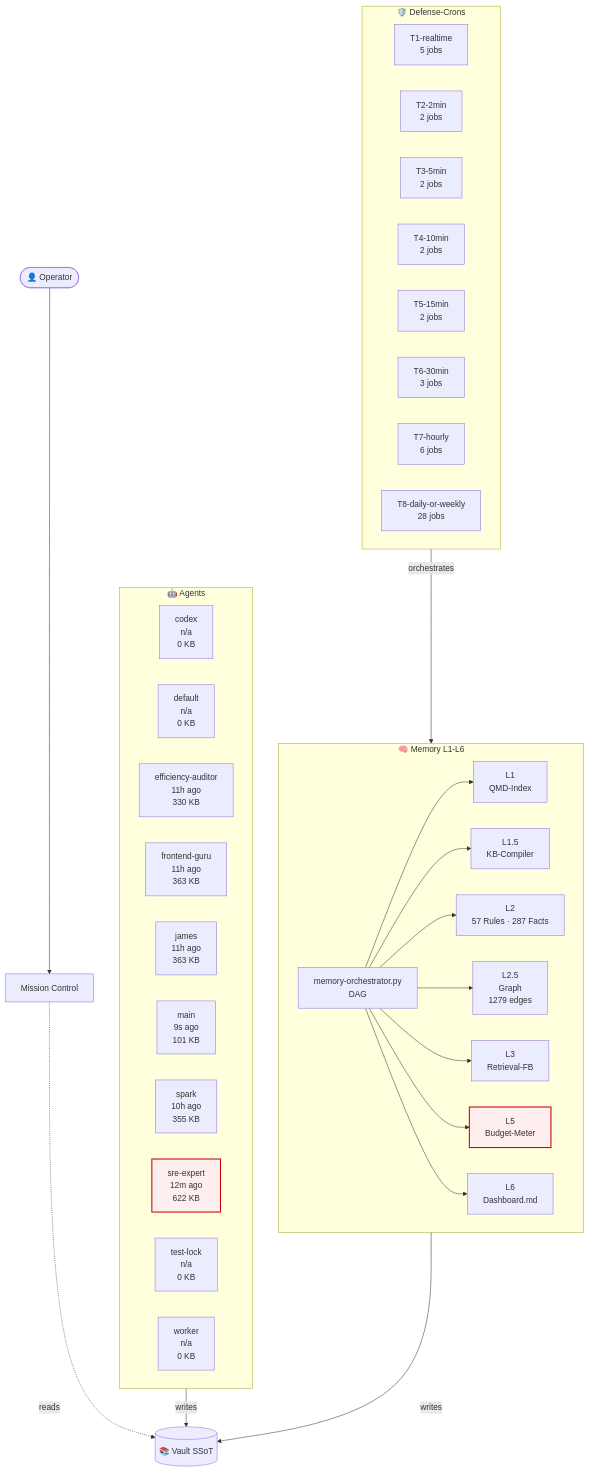
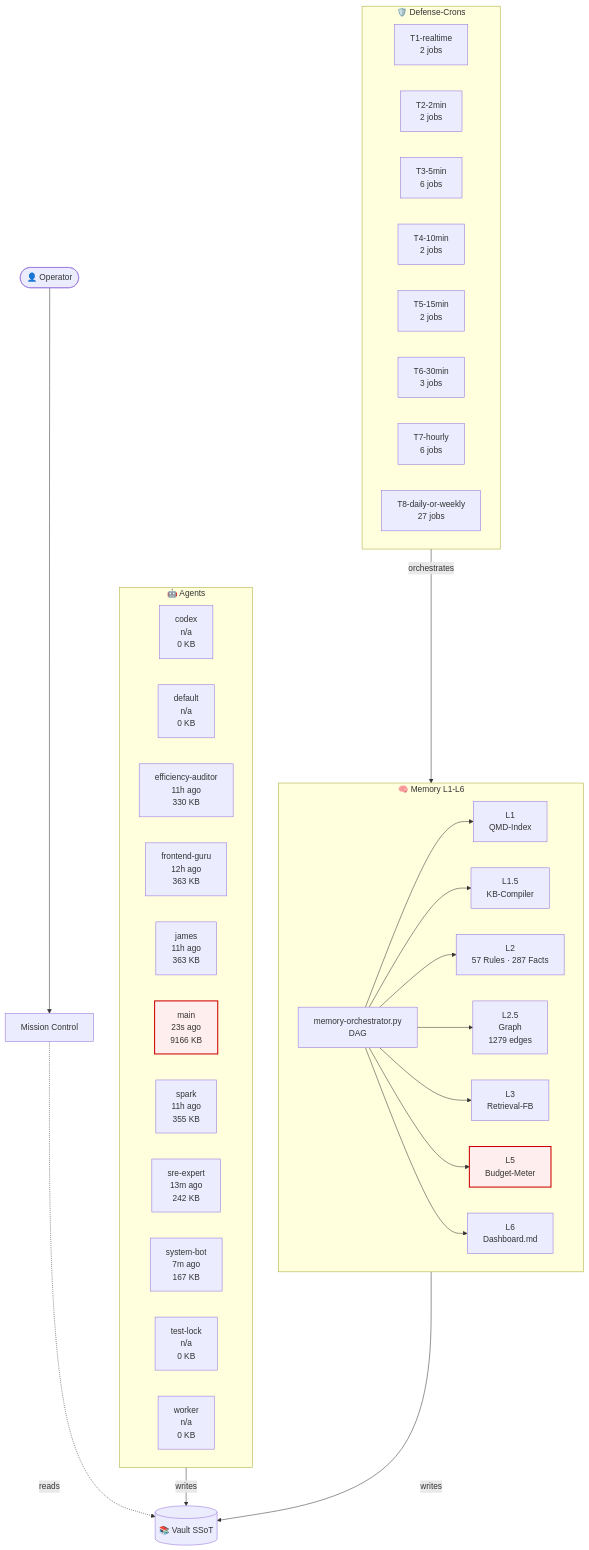
One commit to lenardhuebner88-rgb/openclaw-memory changed the diagram in 03-Agents/architecture-live.md. Above: the diagram before and after it, drawn with Mermaid. The commit also changed other lines of this file and 14 other files, not shown here.

````diff
--- a/03-Agents/architecture-live.md
+++ b/03-Agents/architecture-live.md
@@ -18,53 +18,54 @@
 ```mermaid
 flowchart TB
     classDef critical fill:#fee,stroke:#c00,stroke-width:2px;
     subgraph AGT["🤖 Agents"]
         agent_codex["codex<br/>n/a<br/>0 KB"]
         agent_default["default<br/>n/a<br/>0 KB"]
         agent_efficiency_auditor["efficiency-auditor<br/>11h ago<br/>330 KB"]
-        agent_frontend_guru["frontend-guru<br/>11h ago<br/>363 KB"]
+        agent_frontend_guru["frontend-guru<br/>12h ago<br/>363 KB"]
         agent_james["james<br/>11h ago<br/>363 KB"]
-        agent_main["main<br/>9s ago<br/>101 KB"]
-        agent_spark["spark<br/>10h ago<br/>355 KB"]
-        agent_sre_expert["sre-expert<br/>12m ago<br/>622 KB"]
+        agent_main["main<br/>23s ago<br/>9166 KB"]
+        agent_spark["spark<br/>11h ago<br/>355 KB"]
+        agent_sre_expert["sre-expert<br/>13m ago<br/>242 KB"]
+        agent_system_bot["system-bot<br/>7m ago<br/>167 KB"]
         agent_test_lock["test-lock<br/>n/a<br/>0 KB"]
         agent_worker["worker<br/>n/a<br/>0 KB"]
     end
     subgraph MEM["🧠 Memory L1-L6"]
         L1["L1<br/>QMD-Index"]
         L15["L1.5<br/>KB-Compiler"]
         L2["L2<br/>57 Rules · 287 Facts"]
         L25["L2.5<br/>Graph<br/>1279 edges"]
         L3["L3<br/>Retrieval-FB"]
         L5["L5<br/>Budget-Meter"]
         L6["L6<br/>Dashboard.md"]
         ORCH["memory-orchestrator.py<br/>DAG"]
     end
     subgraph CRN["🛡️ Defense-Crons"]
-        tier_T1_realtime["T1-realtime<br/>5 jobs"]
+        tier_T1_realtime["T1-realtime<br/>2 jobs"]
         tier_T2_2min["T2-2min<br/>2 jobs"]
-        tier_T3_5min["T3-5min<br/>2 jobs"]
+        tier_T3_5min["T3-5min<br/>6 jobs"]
         tier_T4_10min["T4-10min<br/>2 jobs"]
         tier_T5_15min["T5-15min<br/>2 jobs"]
         tier_T6_30min["T6-30min<br/>3 jobs"]
         tier_T7_hourly["T7-hourly<br/>6 jobs"]
-        tier_T8_daily_or_weekly["T8-daily-or-weekly<br/>28 jobs"]
+        tier_T8_daily_or_weekly["T8-daily-or-weekly<br/>27 jobs"]
     end
     VAULT[("📚 Vault SSoT")]
     OP([👤 Operator])
     MC["Mission Control"]
     OP --> MC
     MC -.reads.-> VAULT
     AGT -->|writes| VAULT
     MEM -->|writes| VAULT
     ORCH --> L1
     ORCH --> L15
     ORCH --> L2
     ORCH --> L25
     ORCH --> L3
     ORCH --> L5
     ORCH --> L6
     CRN -->|orchestrates| MEM
     class L5 critical
-    class agent_sre_expert critical
+    class agent_main critical
 ```
````
